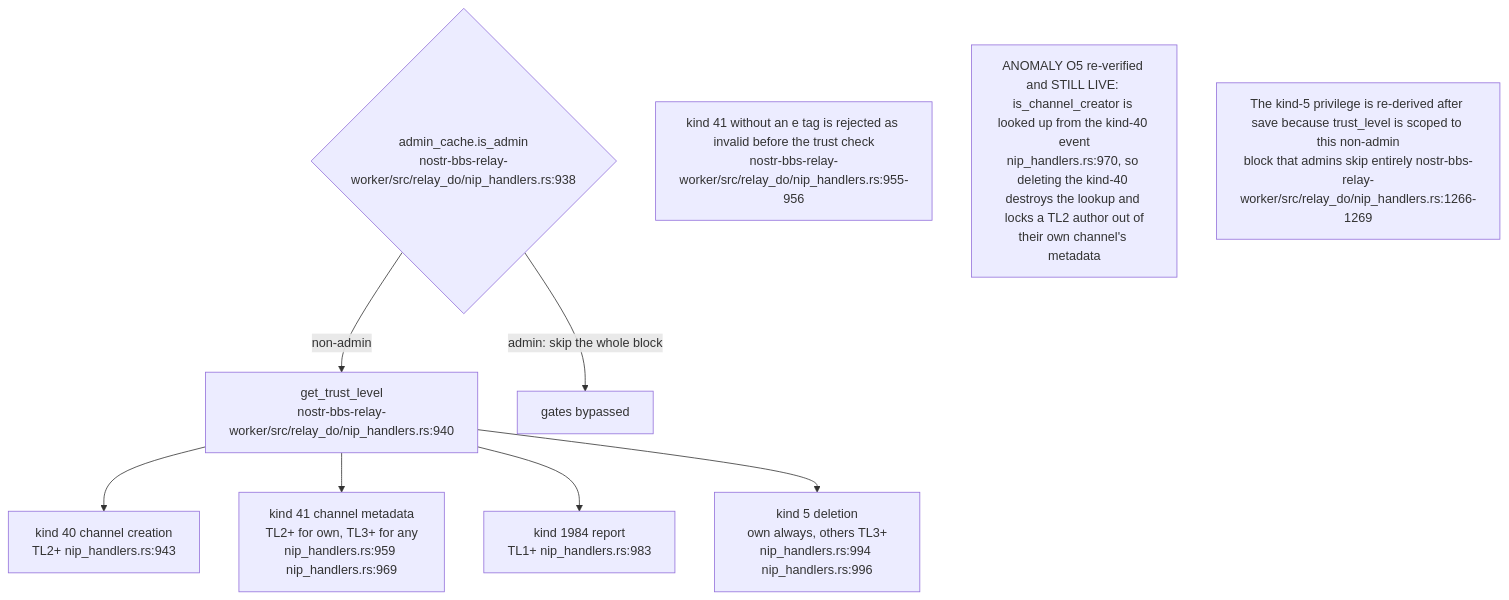
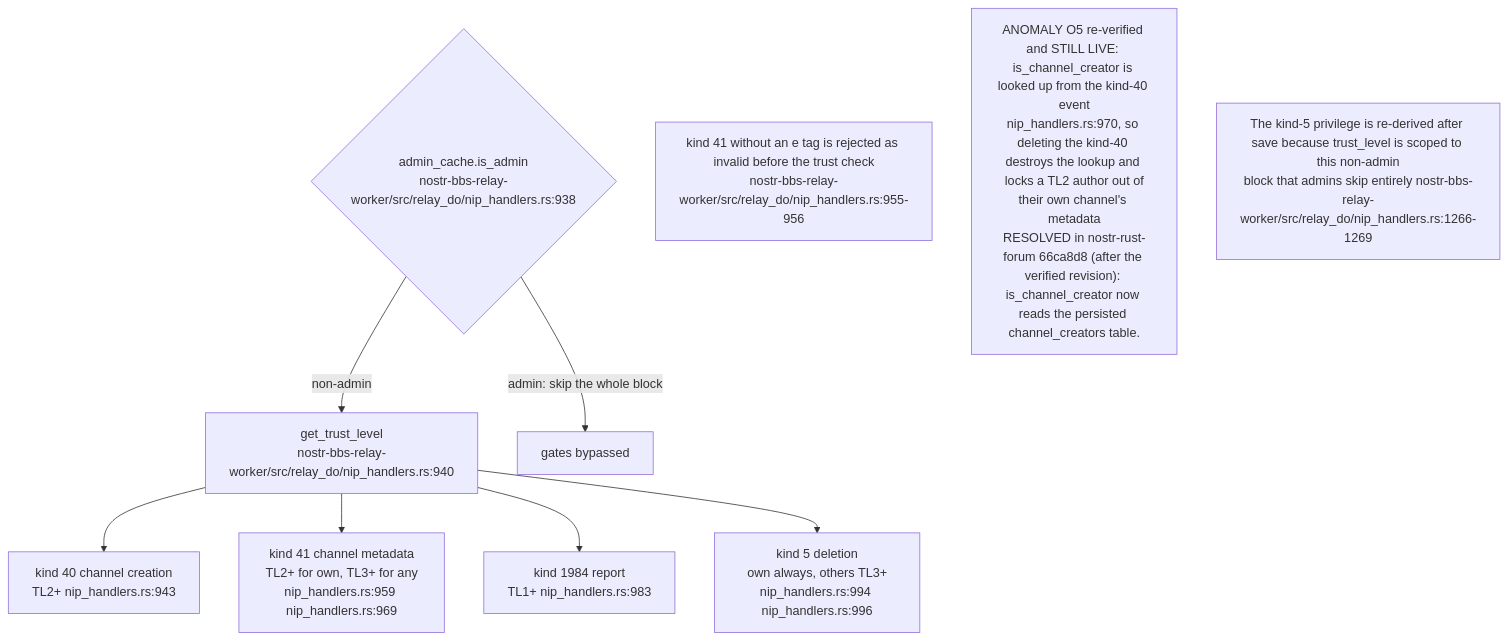
One commit to DreamLab-AI/VisionFlow changed the seventh of 14 diagrams in docs/diagrams/nostr-rust-forum/03-relay-worker-admission-auth-and-trust.md. Above: the diagram before and after it, drawn with Mermaid. The commit also changed 80 other files, not shown here.

First line of the commit message:
docs(diagrams): re-verify the agentbox, dreamlab, estate and visionflow corpus against current sources

````diff
--- a/docs/diagrams/nostr-rust-forum/03-relay-worker-admission-auth-and-trust.md
+++ b/docs/diagrams/nostr-rust-forum/03-relay-worker-admission-auth-and-trust.md
@@ -188,16 +188,16 @@
 ```mermaid
 flowchart TB
     ADMIN{"admin_cache.is_admin<br/>nostr-bbs-relay-worker/src/relay_do/nip_handlers.rs:938"}
     TL["get_trust_level<br/>nostr-bbs-relay-worker/src/relay_do/nip_handlers.rs:940"]
     K40["kind 40 channel creation<br/>TL2+ nip_handlers.rs:943"]
     K41["kind 41 channel metadata<br/>TL2+ for own, TL3+ for any<br/>nip_handlers.rs:959 nip_handlers.rs:969"]
     K1984["kind 1984 report<br/>TL1+ nip_handlers.rs:983"]
     K5["kind 5 deletion<br/>own always, others TL3+<br/>nip_handlers.rs:994 nip_handlers.rs:996"]
 
     ADMIN -->|"admin: skip the whole block"| SKIP["gates bypassed"]
     ADMIN -->|"non-admin"| TL --> K40 & K41 & K1984 & K5
 
     N1["kind 41 without an e tag is rejected as invalid before the trust check<br/>nostr-bbs-relay-worker/src/relay_do/nip_handlers.rs:955-956"]
-    N2["ANOMALY O5 re-verified and STILL LIVE: is_channel_creator is looked up from the kind-40 event<br/>nip_handlers.rs:970, so deleting the kind-40 destroys the lookup and locks a TL2 author out of<br/>their own channel's metadata"]
+    N2["ANOMALY O5 re-verified and STILL LIVE: is_channel_creator is looked up from the kind-40 event<br/>nip_handlers.rs:970, so deleting the kind-40 destroys the lookup and locks a TL2 author out of<br/>their own channel's metadata<br/>RESOLVED in nostr-rust-forum 66ca8d8 (after the verified revision): is_channel_creator now reads the persisted channel_creators table."]
     N3["The kind-5 privilege is re-derived after save because trust_level is scoped to this non-admin<br/>block that admins skip entirely nostr-bbs-relay-worker/src/relay_do/nip_handlers.rs:1266-1269"]
 ```
````
